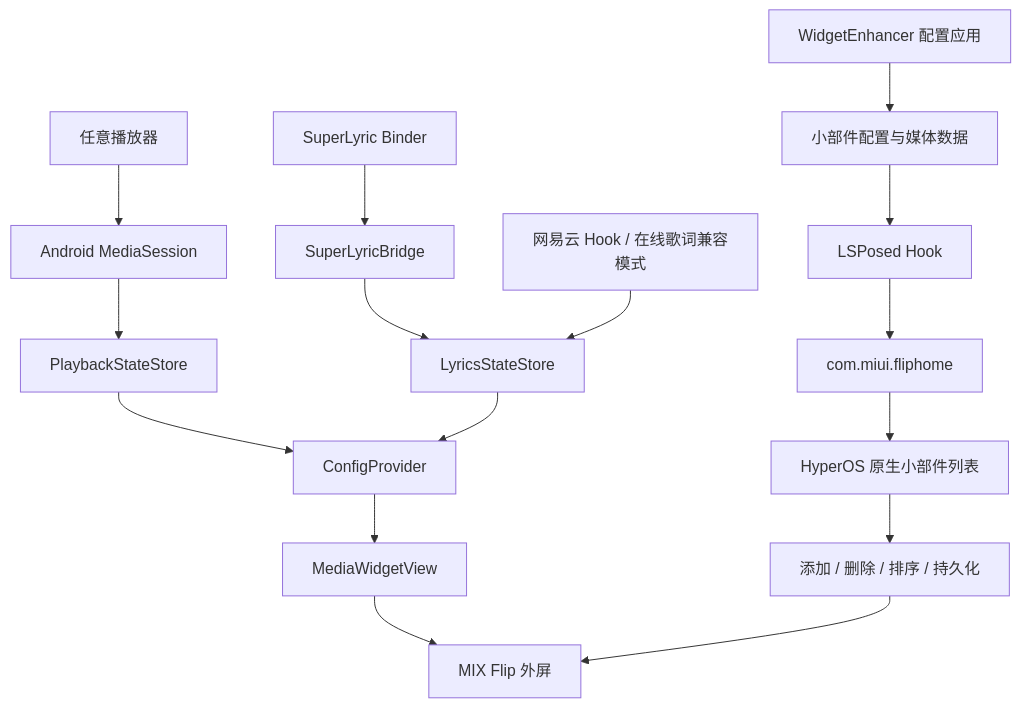
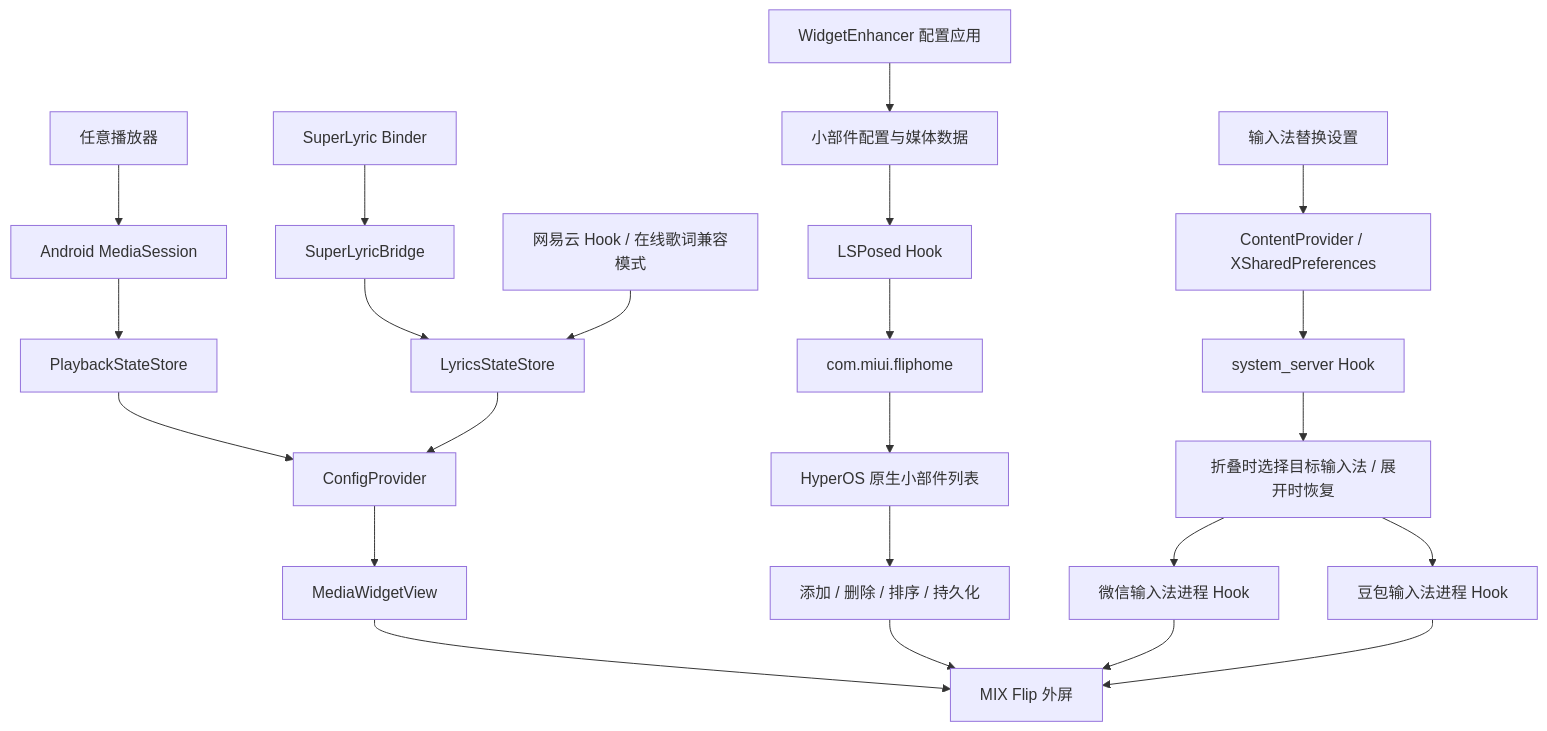
One commit to luckylca/WidgetEnhancer changed the diagram in README.md. Above: the diagram before and after it, drawn with Mermaid. The commit also changed other lines of this file, not shown here.

````diff
--- a/README.md
+++ b/README.md
@@ -138,18 +146,25 @@
 ```mermaid
 flowchart TD
     A[任意播放器] --> B[Android MediaSession]
     B --> C[PlaybackStateStore]
     D[SuperLyric Binder] --> E[SuperLyricBridge]
     E --> F[LyricsStateStore]
     G[网易云 Hook / 在线歌词兼容模式] --> F
     C --> H[ConfigProvider]
     F --> H
     H --> I[MediaWidgetView]
     I --> J[MIX Flip 外屏]
     K[WidgetEnhancer 配置应用] --> L[小部件配置与媒体数据]
     L --> M[LSPosed Hook]
     M --> N[com.miui.fliphome]
     N --> O[HyperOS 原生小部件列表]
     O --> P[添加 / 删除 / 排序 / 持久化]
     P --> J
+    Q[输入法替换设置] --> R[ContentProvider / XSharedPreferences]
+    R --> S[system_server Hook]
+    S --> T[折叠时选择目标输入法 / 展开时恢复]
+    T --> U[微信输入法进程 Hook]
+    T --> V[豆包输入法进程 Hook]
+    U --> J
+    V --> J
 ```
````
